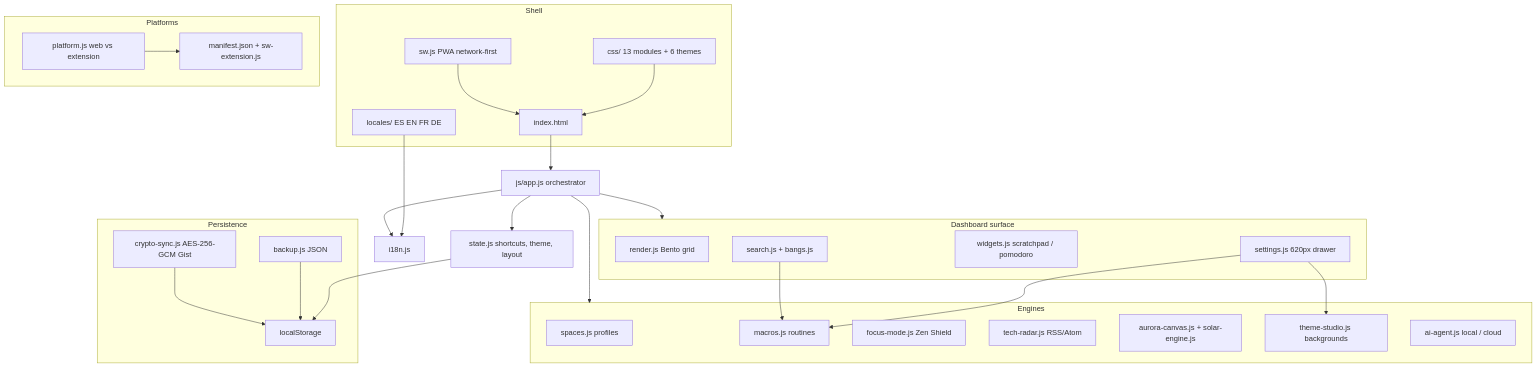
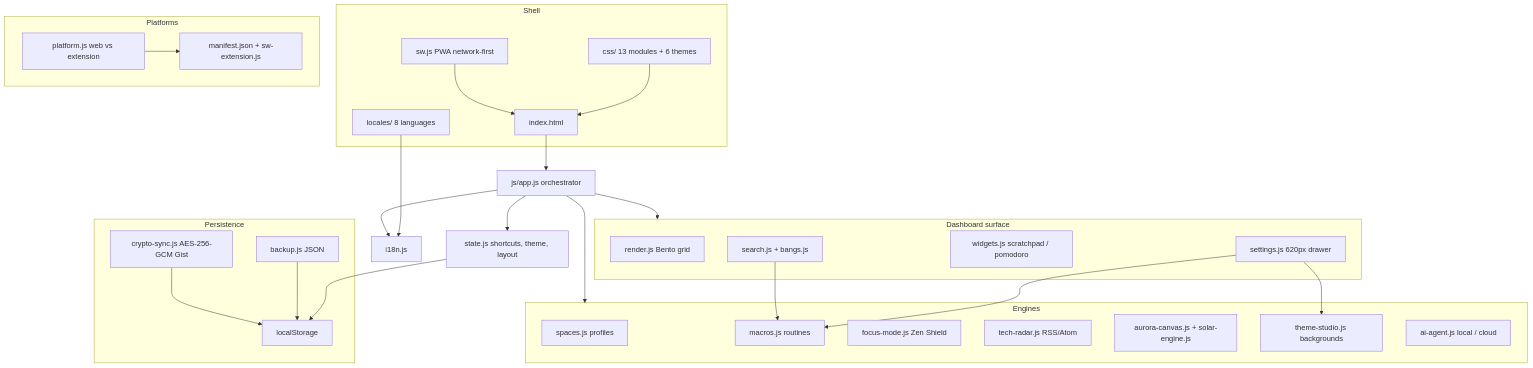
One commit to Devildonia/hades_shortcuts changed the diagram in README.md. Above: the diagram before and after it, drawn with Mermaid. The commit also changed other lines of this file, not shown here.

Commit message:
docs(readme): insignia i18n a 8 idiomas + mermaid + nombre HUD Launcher

````diff
--- a/README.md
+++ b/README.md
@@ -89,54 +89,54 @@
 ```mermaid
 flowchart TB
   subgraph shell [Shell]
     HTML["index.html"]
     CSS["css/ 13 modules + 6 themes"]
-    LOC["locales/ ES EN FR DE"]
+    LOC["locales/ 8 languages"]
     SW["sw.js PWA network-first"]
   end
 
   HTML --> APP["js/app.js orchestrator"]
   CSS --> HTML
   LOC --> I18N["i18n.js"]
   APP --> I18N
   APP --> STATE["state.js shortcuts, theme, layout"]
 
   subgraph surface [Dashboard surface]
     RENDER["render.js Bento grid"]
     SEARCH["search.js + bangs.js"]
     WIDGETS["widgets.js scratchpad / pomodoro"]
     SETTINGS["settings.js 620px drawer"]
   end
 
   subgraph engines [Engines]
     SPACES["spaces.js profiles"]
     MACROS["macros.js routines"]
     FOCUS["focus-mode.js Zen Shield"]
     RADAR["tech-radar.js RSS/Atom"]
     AURORA["aurora-canvas.js + solar-engine.js"]
     STUDIO["theme-studio.js backgrounds"]
     AI["ai-agent.js local / cloud"]
   end
 
   subgraph persist [Persistence]
     LS["localStorage"]
     BACKUP["backup.js JSON"]
     GIST["crypto-sync.js AES-256-GCM Gist"]
   end
 
   subgraph platform [Platforms]
     WEB["platform.js web vs extension"]
     MV3["manifest.json + sw-extension.js"]
   end
 
   APP --> surface
   APP --> engines
   STATE --> LS
   SETTINGS --> STUDIO
   SETTINGS --> MACROS
   SEARCH --> MACROS
   BACKUP --> LS
   GIST --> LS
   WEB --> MV3
   SW --> HTML
 ```
````
